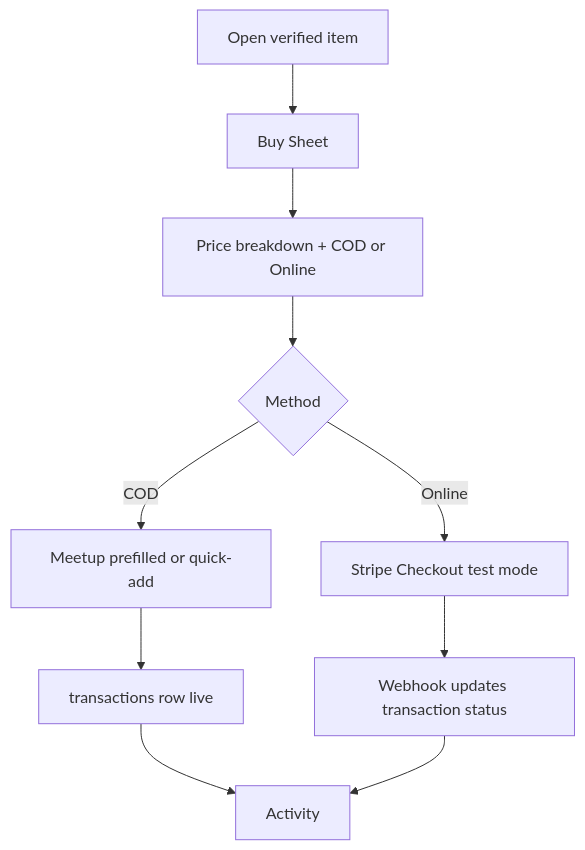
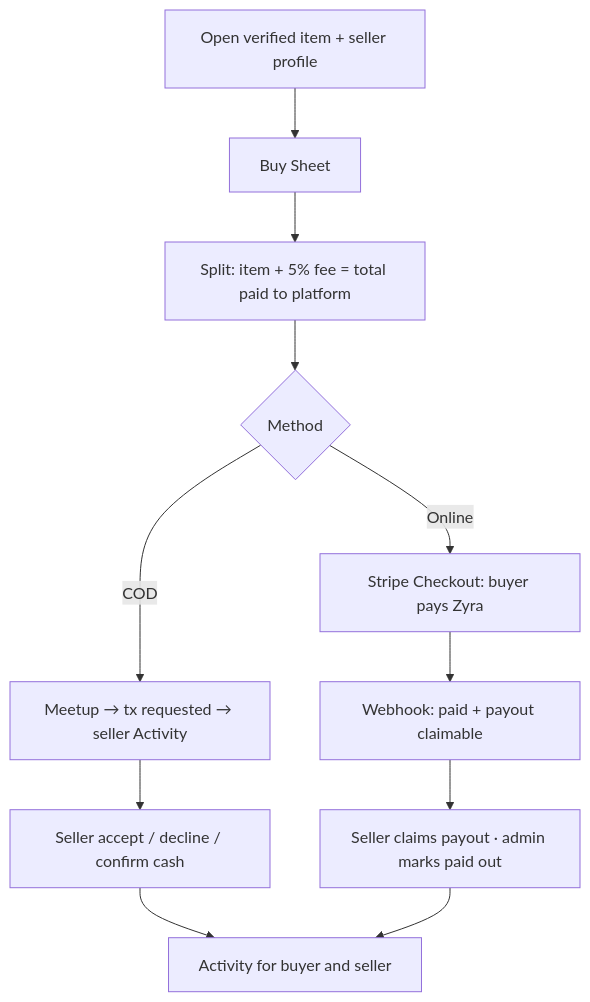
The third of 4 diagrams in docs/flows/user-flows.md (raplyhollow2/ebumarket), drawn with Mermaid before and after one commit. The commit also changed other lines of this file and 25 other files, not shown here.

First line of the commit message:
Add marketplace split payment, public profiles, and seller buy inbox

````diff
--- a/docs/flows/user-flows.md
+++ b/docs/flows/user-flows.md
@@ -50,12 +50,13 @@
 ```mermaid
 flowchart TD
-  A[Open verified item] --> B[Buy Sheet]
-  B --> C[Price breakdown + COD or Online]
+  A[Open verified item + seller profile] --> B[Buy Sheet]
+  B --> C[Split: item + 5% fee = total paid to platform]
   C --> D{Method}
-  D -->|COD| E[Meetup prefilled or quick-add]
-  D -->|Online| F[Stripe Checkout test mode]
-  E --> G[transactions row live]
-  F --> H[Webhook updates transaction status]
-  G --> I[Activity]
-  H --> I
+  D -->|COD| E[Meetup → tx requested → seller Activity]
+  D -->|Online| F[Stripe Checkout: buyer pays Zyra]
+  E --> G[Seller accept / decline / confirm cash]
+  F --> H[Webhook: paid + payout claimable]
+  H --> I[Seller claims payout · admin marks paid out]
+  G --> J[Activity for buyer and seller]
+  I --> J
 ```
````
